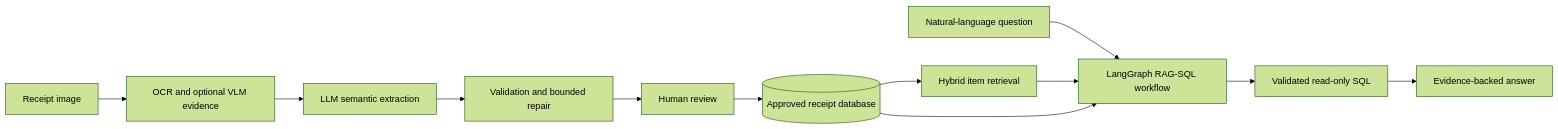
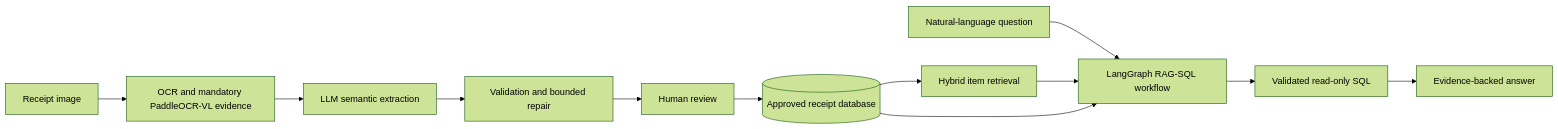
Before and after one commit to ftolou/document-intelligence: the diagram in README.md, drawn with Mermaid (forest theme). The commit also changed other lines of this file and 55 other files, not shown here.

````diff
--- a/README.md
+++ b/README.md
@@ -32,15 +32,15 @@
 ```mermaid
 flowchart LR
-    A[Receipt image] --> B[OCR and optional VLM evidence]
+    A[Receipt image] --> B[OCR and mandatory PaddleOCR-VL evidence]
     B --> C[LLM semantic extraction]
     C --> D[Validation and bounded repair]
     D --> E[Human review]
     E --> F[(Approved receipt database)]
 
     Q[Natural-language question] --> G[LangGraph RAG-SQL workflow]
     F --> H[Hybrid item retrieval]
     H --> G
     F --> G
     G --> I[Validated read-only SQL]
     I --> J[Evidence-backed answer]
 ```
````
